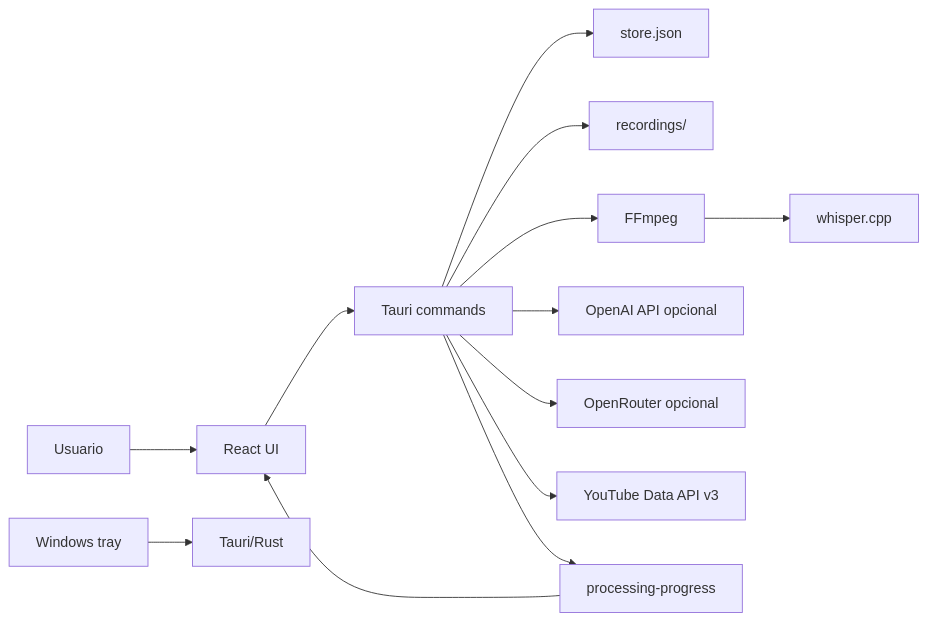
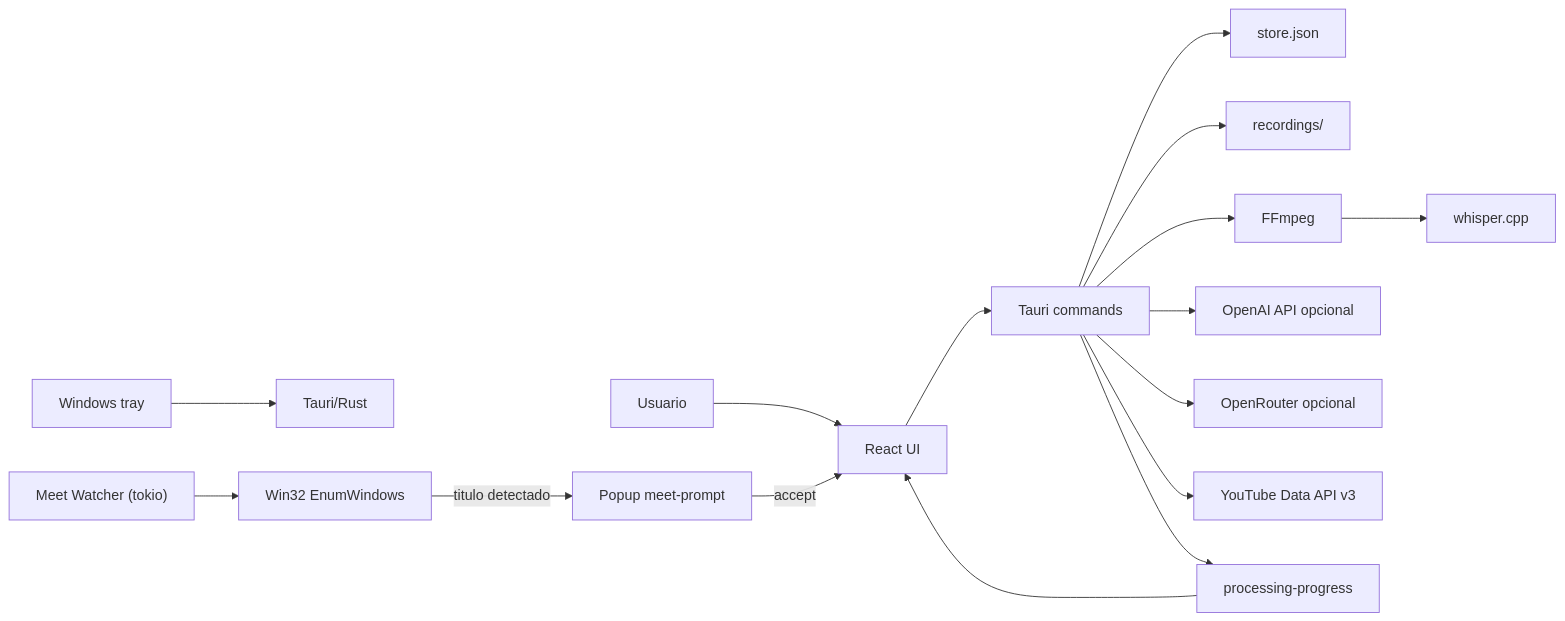
The first of 4 diagrams in docs/architecture.md (juliomarquesjr/meeting-vault-tauri), drawn with Mermaid before and after one commit. The commit also changed other lines of this file and 7 other files, not shown here.

````diff
--- a/docs/architecture.md
+++ b/docs/architecture.md
@@ -17,15 +17,18 @@
 ```mermaid
 flowchart LR
   User["Usuario"] --> UI["React UI"]
   Tray["Windows tray"] --> Tauri["Tauri/Rust"]
   UI --> Commands["Tauri commands"]
   Commands --> Store["store.json"]
   Commands --> Files["recordings/"]
   Commands --> FFmpeg["FFmpeg"]
   FFmpeg --> Whisper["whisper.cpp"]
   Commands --> API["OpenAI API opcional"]
   Commands --> OpenRouter["OpenRouter opcional"]
   Commands --> YouTube["YouTube Data API v3"]
   Commands --> Events["processing-progress"]
   Events --> UI
+  Watcher["Meet Watcher (tokio)"] --> WinAPI["Win32 EnumWindows"]
+  WinAPI -->|titulo detectado| Popup["Popup meet-prompt"]
+  Popup -->|accept| UI
 ```
````
